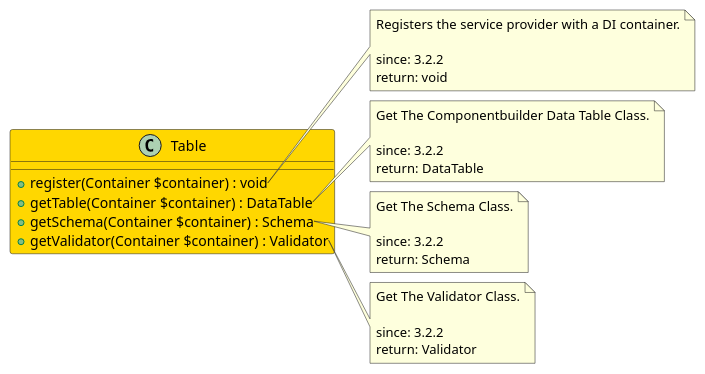
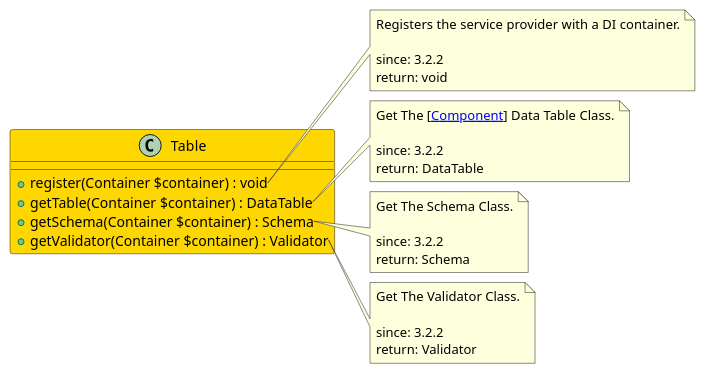
The diagram in src/19b2ba92-1655-4384-acfb-979c80de8b6d/README.md (joomengine/super-powers), drawn with PlantUML before and after one commit.

Commit message:
Update VDM.Service.Table readme file

````diff
--- a/src/19b2ba92-1655-4384-acfb-979c80de8b6d/README.md
+++ b/src/19b2ba92-1655-4384-acfb-979c80de8b6d/README.md
@@ -5,40 +5,40 @@
 ```uml
 @startuml
 
 class Table  #Gold {
   + register(Container $container) : void
   + getTable(Container $container) : DataTable
   + getSchema(Container $container) : Schema
   + getValidator(Container $container) : Validator
 }
 
 note right of Table::register
   Registers the service provider with a DI container.
 
   since: 3.2.2
   return: void
 end note
 
 note right of Table::getTable
-  Get The Componentbuilder Data Table Class.
+  Get The [[[Component]]] Data Table Class.
 
   since: 3.2.2
   return: DataTable
 end note
 
 note right of Table::getSchema
   Get The Schema Class.
 
   since: 3.2.2
   return: Schema
 end note
 
 note right of Table::getValidator
   Get The Validator Class.
 
   since: 3.2.2
   return: Validator
 end note
 
 @enduml
 ```
````
